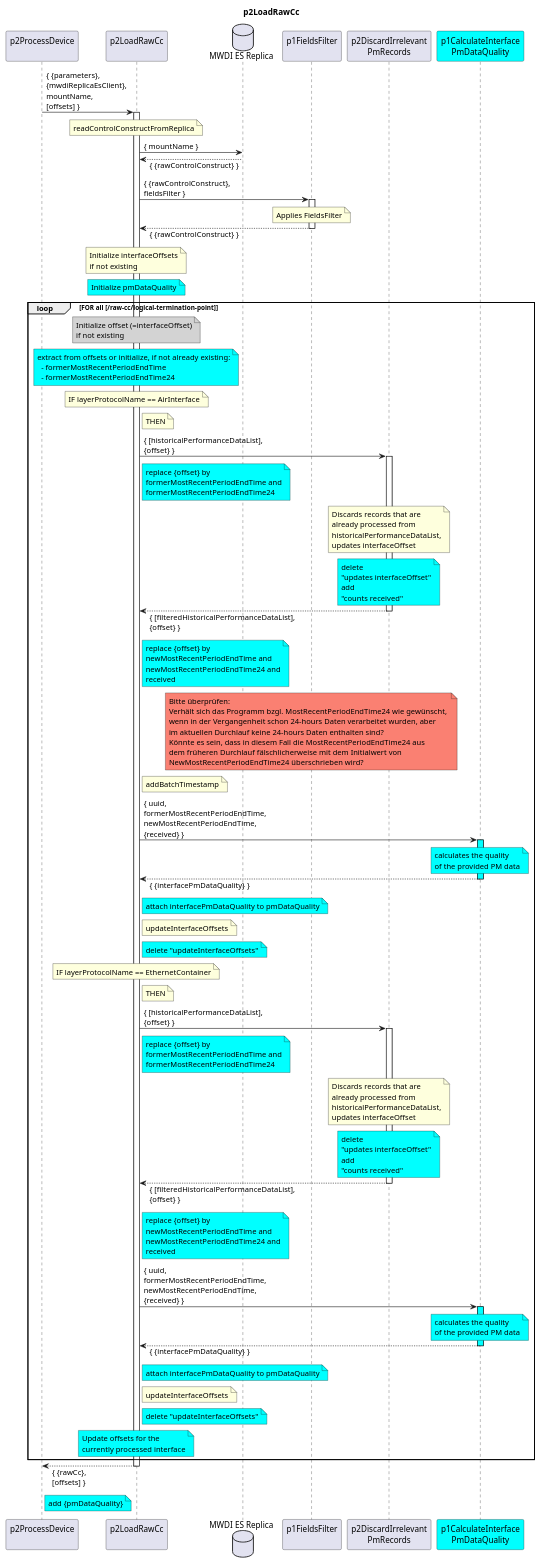
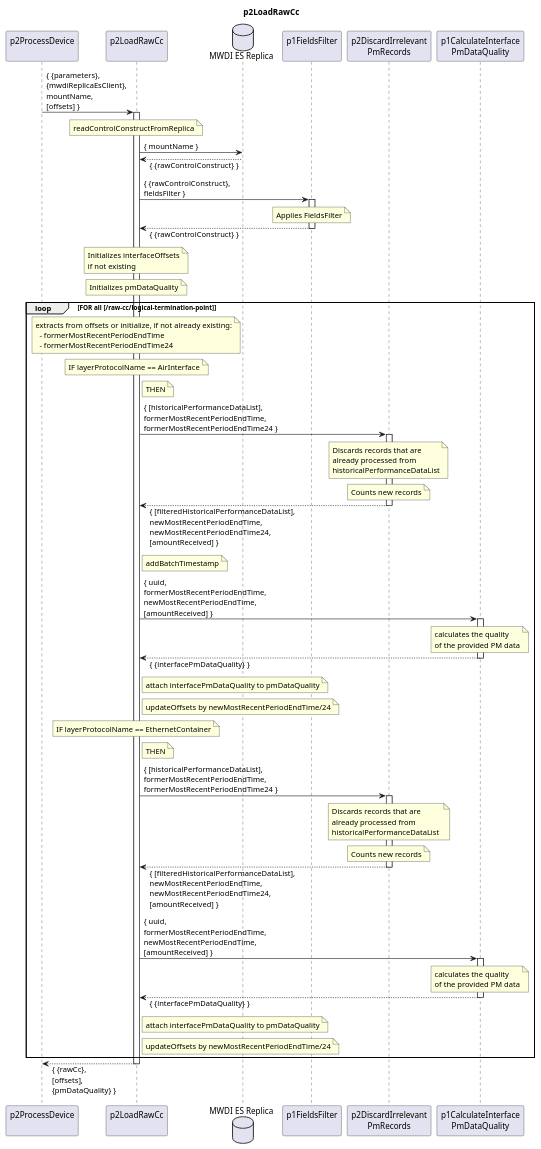
The diagram in spec/Functions/p1StreamPmData/p2ProcessDevice/p2LoadRawCc/1.0.0/p2LoadRawCc.plantuml (openBackhaul/DevicePerformanceManagementDataProcessor), drawn with PlantUML before and after one commit. The commit also changed 40 other files, not shown here.

Commit message:
add Pm data quality

```diff
--- a/spec/Functions/p1StreamPmData/p2ProcessDevice/p2LoadRawCc/1.0.0/p2LoadRawCc.plantuml
+++ b/spec/Functions/p1StreamPmData/p2ProcessDevice/p2LoadRawCc/1.0.0/p2LoadRawCc.plantuml
@@ -1,198 +1,142 @@
 @startuml p2LoadRawCc
 skinparam responseMessageBelowArrow true
 
 title
   p2LoadRawCc
 end title
 
 participant "p2ProcessDevice\n" as requestor
 participant "p2LoadRawCc\n" as cur
 database "MWDI ES Replica" as MwdiEs
 participant "p1FieldsFilter\n" as fieldsFilter
 participant "p2DiscardIrrelevant\nPmRecords" as filterPm
-participant "p1CalculateInterface\nPmDataQuality" as calPmQual #Cyan
+participant "p1CalculateInterface\nPmDataQuality" as calPmQual
 
 requestor -> cur: { {parameters},\n{mwdiReplicaEsClient},\nmountName,\n[offsets] }
 activate cur
 
   note over cur
     readControlConstructFromReplica
   end note
   cur -> MwdiEs: { mountName }
   cur <-- MwdiEs: { {rawControlConstruct} }
 
   cur -> fieldsFilter: { {rawControlConstruct},\nfieldsFilter }
   activate fieldsFilter
     note over fieldsFilter
       Applies FieldsFilter
     end note
   cur <-- fieldsFilter: { {rawControlConstruct} }
   deactivate fieldsFilter
 
   note over cur
-    Initialize interfaceOffsets
+    Initializes interfaceOffsets
     if not existing
   end note
 
-  note over cur #Cyan
-    Initialize pmDataQuality
+  note over cur
+    Initializes pmDataQuality
   end note
 
   loop FOR all [/raw-cc/logical-termination-point]
 
-    note over cur #LightGrey
-      Initialize offset (=interfaceOffset)
-      if not existing
-    end note
-    note over cur #Cyan
-      extract from offsets or initialize, if not already existing:
+    note over cur
+      extracts from offsets or initialize, if not already existing:
         - formerMostRecentPeriodEndTime
         - formerMostRecentPeriodEndTime24
     end note
 
     note over cur
       IF layerProtocolName == AirInterface
     end note
 
     note right cur
       THEN
     end note
 
-    cur -> filterPm: { [historicalPerformanceDataList],\n{offset} }
-    note right cur #Cyan
-      replace {offset} by
-      formerMostRecentPeriodEndTime and
-      formerMostRecentPeriodEndTime24
-    end note
+    cur -> filterPm: { [historicalPerformanceDataList],\nformerMostRecentPeriodEndTime,\nformerMostRecentPeriodEndTime24 }
     activate filterPm
 
       note over filterPm
         Discards records that are
         already processed from
-        historicalPerformanceDataList,
-        updates interfaceOffset
+        historicalPerformanceDataList
       end note
-      note over filterPm #Cyan
-        delete
-        "updates interfaceOffset"
-        add
-        "counts received"
+      note over filterPm
+        Counts new records
       end note
 
-    cur <-- filterPm: { [filteredHistoricalPerformanceDataList],\n{offset} }
-    note right cur #Cyan
-      replace {offset} by
-      newMostRecentPeriodEndTime and
-      newMostRecentPeriodEndTime24 and
-      received
-    end note
+    cur <-- filterPm: { [filteredHistoricalPerformanceDataList],\nnewMostRecentPeriodEndTime,\nnewMostRecentPeriodEndTime24,\n[amountReceived] }
     deactivate filterPm
-    note over fieldsFilter #Salmon
-      Bitte überprüfen:
-      Verhält sich das Programm bzgl. MostRecentPeriodEndTime24 wie gewünscht, 
-      wenn in der Vergangenheit schon 24-hours Daten verarbeitet wurden, aber
-      im aktuellen Durchlauf keine 24-hours Daten enthalten sind?
-      Könnte es sein, dass in diesem Fall die MostRecentPeriodEndTime24 aus
-      dem früheren Durchlauf fälschlicherweise mit dem Initialwert von
-      NewMostRecentPeriodEndTime24 überschrieben wird?
-    end note
 
     note right cur
       addBatchTimestamp
     end note
 
-    cur -> calPmQual: { uuid,\nformerMostRecentPeriodEndTime,\nnewMostRecentPeriodEndTime,\n{received} }
-    activate calPmQual #Cyan
+    cur -> calPmQual: { uuid,\nformerMostRecentPeriodEndTime,\nnewMostRecentPeriodEndTime,\n[amountReceived] }
+    activate calPmQual
 
-      note over calPmQual #Cyan
+      note over calPmQual
         calculates the quality
         of the provided PM data
       end note
 
     cur <-- calPmQual: { {interfacePmDataQuality} }
     deactivate calPmQual
 
-    note right cur #Cyan
+    note right cur
       attach interfacePmDataQuality to pmDataQuality
     end note
 
     note right cur
-      updateInterfaceOffsets
-    end note
-    note right cur #Cyan
-      delete "updateInterfaceOffsets"
+      updateOffsets by newMostRecentPeriodEndTime/24
     end note
 
     note over cur
       IF layerProtocolName == EthernetContainer
     end note
 
     note right cur
       THEN
     end note
 
-    cur -> filterPm: { [historicalPerformanceDataList],\n{offset} }
-    note right cur #Cyan
-      replace {offset} by
-      formerMostRecentPeriodEndTime and
-      formerMostRecentPeriodEndTime24
+    cur -> filterPm: { [historicalPerformanceDataList],\nformerMostRecentPeriodEndTime,\nformerMostRecentPeriodEndTime24 }
+    activate filterPm
+
+      note over filterPm
+      Discards records that are
+      already processed from
+      historicalPerformanceDataList 
+    end note
+    note over filterPm
+      Counts new records
     end note
 
-    activate filterPm
-    note over filterPm
-      Discards records that are
-      already processed from
-      historicalPerformanceDataList,
-      updates interfaceOffset
-    end note
-    note over filterPm #Cyan
-      delete
-      "updates interfaceOffset"
-      add
-      "counts received"
-    end note
-
-    cur <-- filterPm: { [filteredHistoricalPerformanceDataList],\n{offset} }
-    note right cur #Cyan
-      replace {offset} by
-      newMostRecentPeriodEndTime and
-      newMostRecentPeriodEndTime24 and
-      received
-    end note
+    cur <-- filterPm: { [filteredHistoricalPerformanceDataList],\nnewMostRecentPeriodEndTime,\nnewMostRecentPeriodEndTime24,\n[amountReceived] }
     deactivate filterPm
 
-    cur -> calPmQual: { uuid,\nformerMostRecentPeriodEndTime,\nnewMostRecentPeriodEndTime,\n{received} }
-    activate calPmQual #Cyan
+    cur -> calPmQual: { uuid,\nformerMostRecentPeriodEndTime,\nnewMostRecentPeriodEndTime,\n[amountReceived] }
+    activate calPmQual
 
-      note over calPmQual #Cyan
+      note over calPmQual
         calculates the quality
         of the provided PM data
       end note
 
     cur <-- calPmQual: { {interfacePmDataQuality} }
     deactivate calPmQual
 
-    note right cur #Cyan
+    note right cur
       attach interfacePmDataQuality to pmDataQuality
     end note
 
     note right cur
-      updateInterfaceOffsets
-    end note
-    note right cur #Cyan
-      delete "updateInterfaceOffsets"
-    end note
-    note over cur #Cyan
-      Update offsets for the
-      currently processed interface
+      updateOffsets by newMostRecentPeriodEndTime/24
     end note
 
   end loop
 
-requestor <-- cur: { {rawCc},\n[offsets] }
-note right requestor #Cyan
-  add {pmDataQuality}
-end note
+requestor <-- cur: { {rawCc},\n[offsets],\n{pmDataQuality} }
 deactivate cur
 
 @enduml
```
